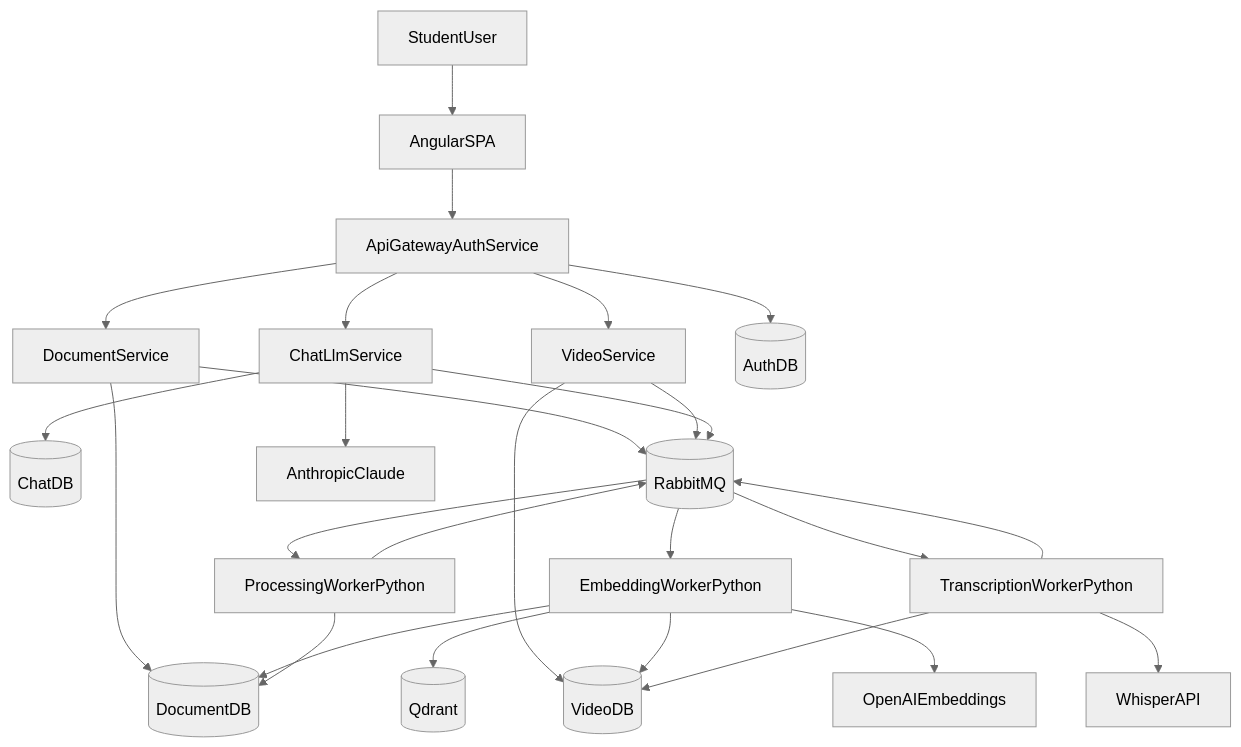
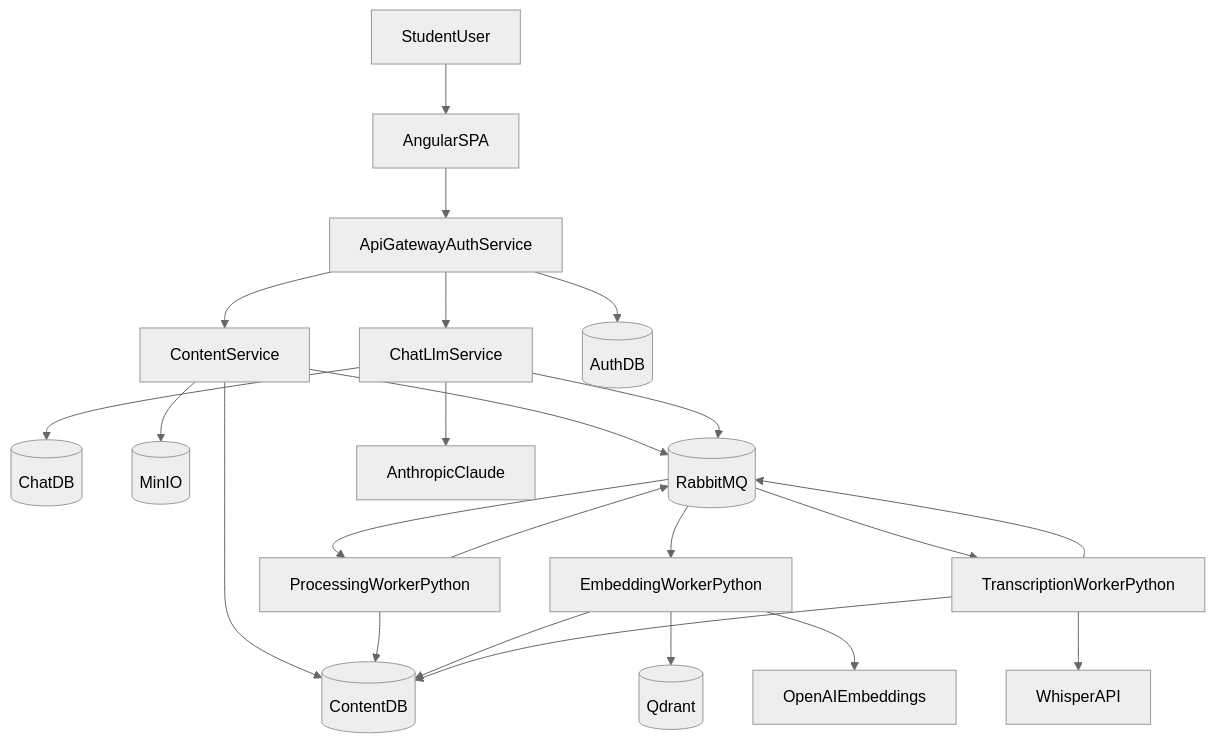
One commit to saulolv/StudyMind changed the diagram in README.md. Above: the diagram before and after it, drawn with Mermaid (neutral theme). The commit also changed other lines of this file and 73 other files, not shown here.

````diff
--- a/README.md
+++ b/README.md
@@ -15,33 +15,30 @@
 ```mermaid
 flowchart TD
   user[StudentUser] --> spa[AngularSPA]
   spa --> gateway[ApiGatewayAuthService]
-  gateway --> docsvc[DocumentService]
-  gateway --> vidsvc[VideoService]
+  gateway --> contentsvc[ContentService]
   gateway --> chatsvc[ChatLlmService]
 
   gateway --> authdb[(AuthDB)]
-  docsvc --> docdb[(DocumentDB)]
-  vidsvc --> viddb[(VideoDB)]
+  contentsvc --> contentdb[(ContentDB)]
   chatsvc --> chatdb[(ChatDB)]
 
-  docsvc --> mq[(RabbitMQ)]
-  vidsvc --> mq
+  contentsvc --> minio[(MinIO)]
+  contentsvc --> mq[(RabbitMQ)]
   chatsvc --> mq
 
   mq --> proc[ProcessingWorkerPython]
   mq --> emb[EmbeddingWorkerPython]
   mq --> tr[TranscriptionWorkerPython]
 
-  proc --> docdb
+  proc --> contentdb
   proc --> mq
   emb --> qdrant[(Qdrant)]
-  emb --> docdb
-  emb --> viddb
-  tr --> viddb
+  emb --> contentdb
+  tr --> contentdb
   tr --> mq
 
   emb --> openai[OpenAIEmbeddings]
   tr --> whisper[WhisperAPI]
   chatsvc --> claude[AnthropicClaude]
 ```
````
